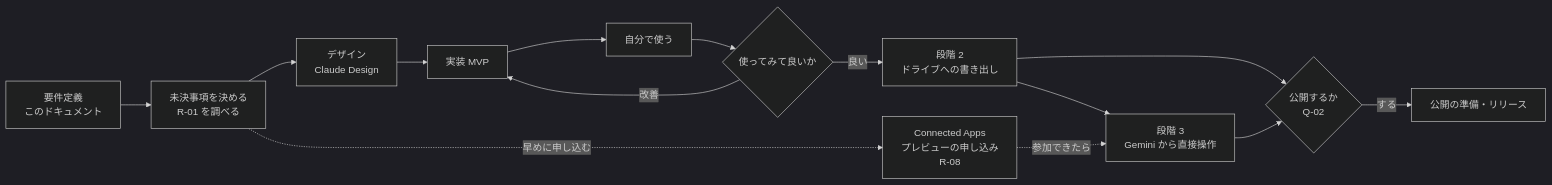
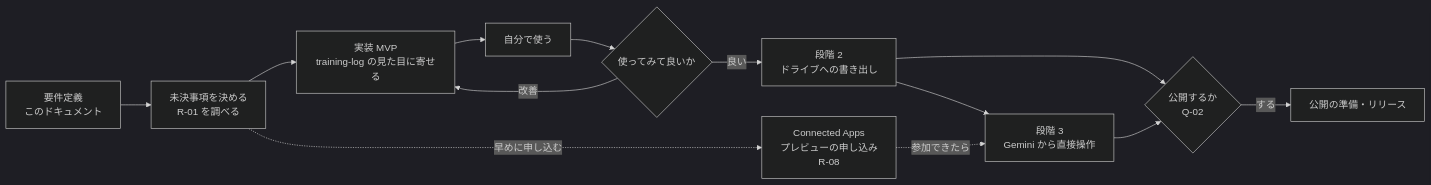
Before and after one commit to p-ota-q/inventory: the fifth of 5 diagrams in apps/recipe-book/docs/requirements.md, drawn with Mermaid (dark theme). The commit also changed other lines of this file, not shown here.

First line of the commit message:
docs(apps/recipe-book): MVP の範囲を決め、AI 連携を後の段階に移す（要件定義 v0.3）

````diff
--- a/apps/recipe-book/docs/requirements.md
+++ b/apps/recipe-book/docs/requirements.md
@@ -629,16 +631,15 @@
 ```mermaid
 flowchart LR
   A[要件定義<br/>このドキュメント] --> B[未決事項を決める<br/>R-01 を調べる]
-  B --> C[デザイン<br/>Claude Design]
-  C --> D[実装 MVP]
+  B --> D[実装 MVP<br/>training-log の見た目に寄せる]
   D --> E[自分で使う]
   E --> F{使ってみて良いか}
   F -->|改善| D
   F -->|良い| G[段階 2<br/>ドライブへの書き出し]
   G --> J[段階 3<br/>Gemini から直接操作]
   G --> H{公開するか<br/>Q-02}
   J --> H
   H -->|する| I[公開の準備・リリース]
   B -.->|早めに申し込む| P[Connected Apps<br/>プレビューの申し込み<br/>R-08]
   P -.->|参加できたら| J
 ```
````
